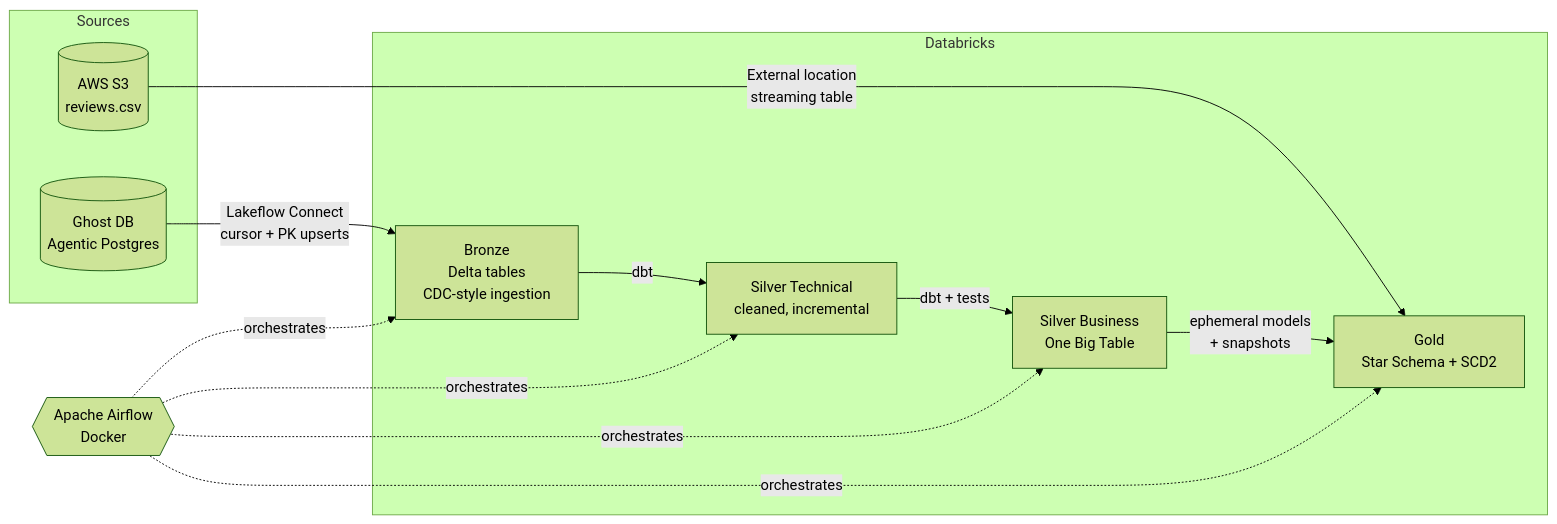
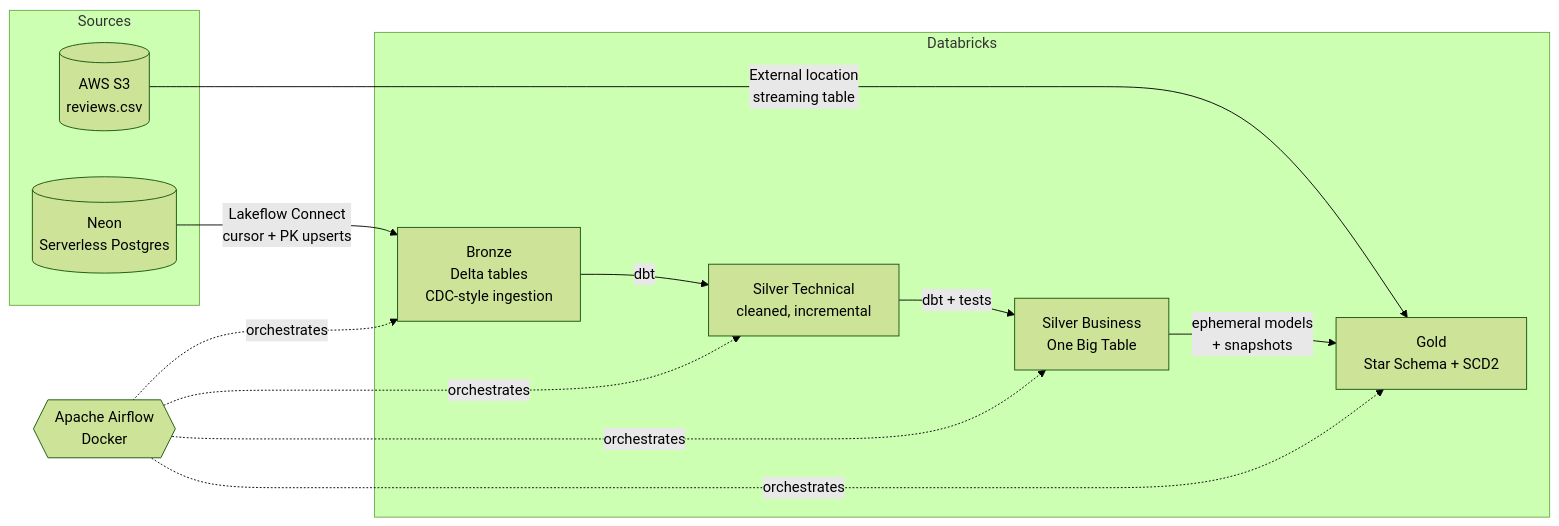
The diagram in README.md (maryem37/Walmart-Lakehouse), drawn with Mermaid (forest theme) before and after one commit. The commit also changed other lines of this file, not shown here.

First line of the commit message:
Replace Ghost with Neon in README

````diff
--- a/README.md
+++ b/README.md
@@ -36,26 +36,26 @@
 ```mermaid
 flowchart LR
     subgraph Sources
-        A[(Ghost DB<br/>Agentic Postgres)]
+        A[(Neon<br/>Serverless Postgres)]
         B[(AWS S3<br/>reviews.csv)]
     end
 
     subgraph Databricks
         C[Bronze<br/>Delta tables<br/>CDC-style ingestion]
         D[Silver Technical<br/>cleaned, incremental]
         E[Silver Business<br/>One Big Table]
         F[Gold<br/>Star Schema + SCD2]
     end
 
     G{{Apache Airflow<br/>Docker}}
 
     A -->|Lakeflow Connect<br/>cursor + PK upserts| C
     B -->|External location<br/>streaming table| F
     C -->|dbt| D
     D -->|dbt + tests| E
     E -->|ephemeral models<br/>+ snapshots| F
     G -.orchestrates.-> C
     G -.orchestrates.-> D
     G -.orchestrates.-> E
     G -.orchestrates.-> F
 ```
````
